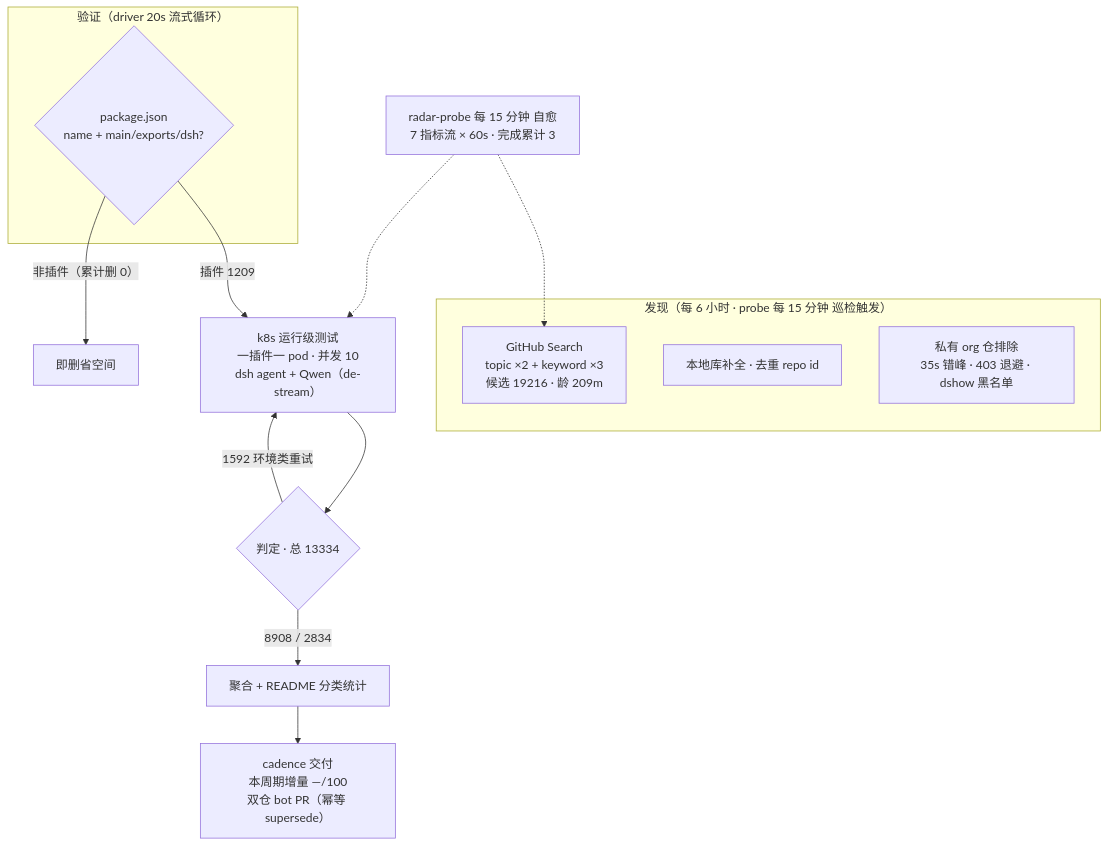
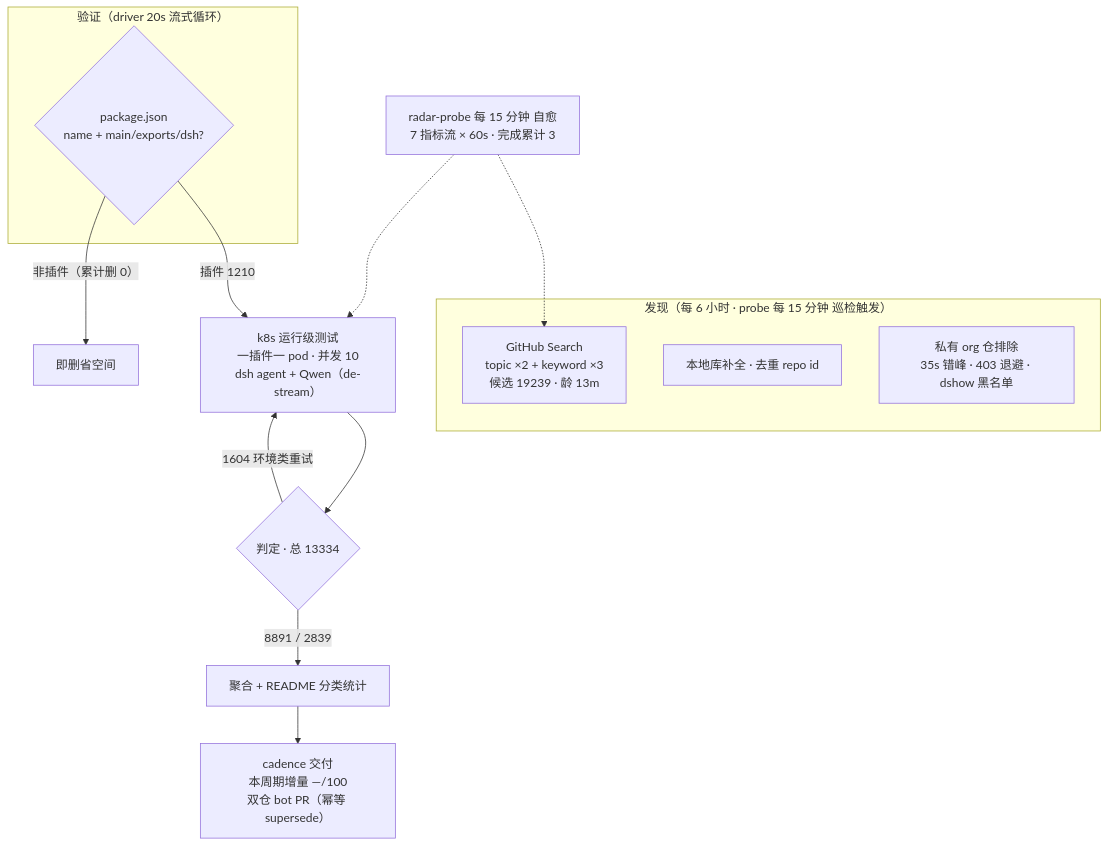
Before and after one commit to Zhidao-Lab-OSS/awesome-dsh-plugins: the diagram in README.md, drawn with Mermaid. The commit also changed other lines of this file and 1 other file, not shown here.

````diff
--- a/README.md
+++ b/README.md
@@ -52,20 +53,20 @@
 ```mermaid
 flowchart TB
     subgraph Discovery["发现（每 6 小时 · probe 每 15 分钟 巡检触发）"]
-        A1["GitHub Search<br/>topic ×2 + keyword ×3<br/>候选 19216 · 龄 209m"]
+        A1["GitHub Search<br/>topic ×2 + keyword ×3<br/>候选 19239 · 龄 13m"]
         A2["本地库补全 · 去重 repo id"]
         A3["私有 org 仓排除<br/>35s 错峰 · 403 退避 · dshow 黑名单"]
     end
     subgraph Validation["验证（driver 20s 流式循环）"]
         B1{"package.json<br/>name + main/exports/dsh?"}
     end
-    B1 -->|"插件 1209"| C1["k8s 运行级测试<br/>一插件一 pod · 并发 10<br/>dsh agent + Qwen（de-stream）"]
+    B1 -->|"插件 1210"| C1["k8s 运行级测试<br/>一插件一 pod · 并发 10<br/>dsh agent + Qwen（de-stream）"]
     B1 -->|"非插件（累计删 0）"| B3["即删省空间"]
     C1 --> D1{"判定 · 总 13334"}
-    D1 -->|"8908 / 2834"| E1["聚合 + README 分类统计"]
-    D1 -->|"1592 环境类重试"| C1
+    D1 -->|"8891 / 2839"| E1["聚合 + README 分类统计"]
+    D1 -->|"1604 环境类重试"| C1
     E1 --> E2["cadence 交付<br/>本周期增量 —/100<br/>双仓 bot PR（幂等 supersede）"]
     M["radar-probe 每 15 分钟 自愈<br/>7 指标流 × 60s · 完成累计 3"]
     M -.-> A1
     M -.-> C1
 ```
````
